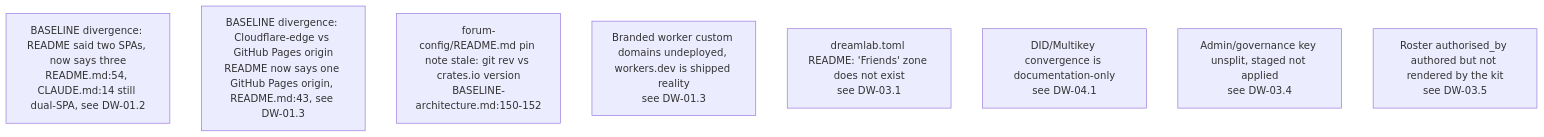
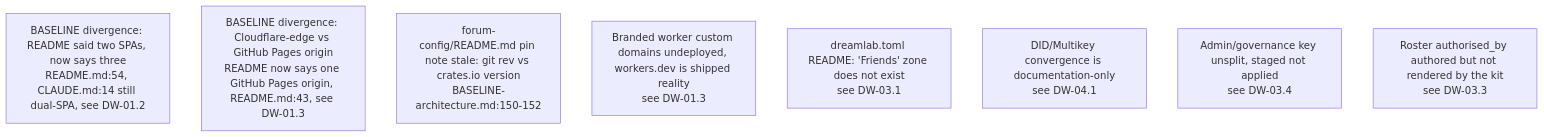
One commit to DreamLab-AI/VisionFlow changed the fifth of 7 diagrams in docs/diagrams/dreamlab-ai-website/06-content-pipeline-and-invariants-register.md. Above: the diagram before and after it, drawn with Mermaid. The commit also changed other lines of this file and 91 other files, not shown here.

````diff
--- a/docs/diagrams/dreamlab-ai-website/06-content-pipeline-and-invariants-register.md
+++ b/docs/diagrams/dreamlab-ai-website/06-content-pipeline-and-invariants-register.md
@@ -109,11 +111,11 @@
 ```mermaid
 flowchart TB
     D1["BASELINE divergence: README said two SPAs, now says three<br/>README.md:54, CLAUDE.md:14 still dual-SPA, see DW-01.2"]
     D2["BASELINE divergence: Cloudflare-edge vs GitHub Pages origin<br/>README now says one GitHub Pages origin, README.md:43, see DW-01.3"]
     D3["forum-config/README.md pin note stale: git rev vs crates.io version<br/>BASELINE-architecture.md:150-152"]
     D4["Branded worker custom domains undeployed, workers.dev is shipped reality<br/>see DW-01.3"]
     D5["dreamlab.toml README: 'Friends' zone does not exist<br/>see DW-03.1"]
     D6["DID/Multikey convergence is documentation-only<br/>see DW-04.1"]
     D7["Admin/governance key unsplit, staged not applied<br/>see DW-03.4"]
-    D8["Roster authorised_by authored but not rendered by the kit<br/>see DW-03.5"]
+    D8["Roster authorised_by authored but not rendered by the kit<br/>see DW-03.3"]
 ```
````
